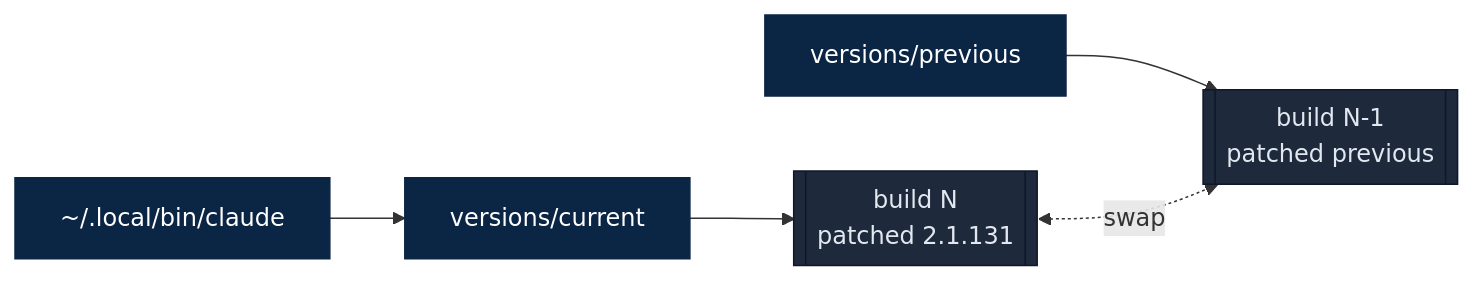
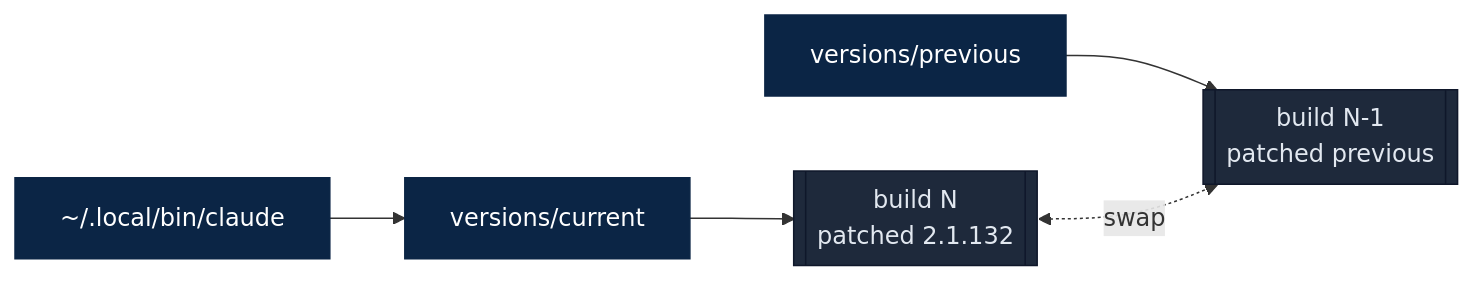
Before and after one commit to camjac251/cc-enhanced: the second of 3 diagrams in README.md, drawn with Mermaid. The commit also changed other lines of this file, not shown here.

````diff
--- a/README.md
+++ b/README.md
@@ -70,13 +70,13 @@
 ```mermaid
 flowchart LR
     Launcher["~/.local/bin/claude"] --> Current["versions/current"]
     Previous["versions/previous"]
-    Current --> NewBuild[["build N<br/>patched 2.1.131"]]
+    Current --> NewBuild[["build N<br/>patched 2.1.132"]]
     Previous --> OldBuild[["build N-1<br/>patched previous"]]
     NewBuild <-. swap .-> OldBuild
 
     classDef sym fill:#0b2545,stroke:#0b2545,color:#fff
     classDef build fill:#1e293b,stroke:#0f172a,color:#e2e8f0
     class Launcher,Current,Previous sym
     class NewBuild,OldBuild build
 ```
````
